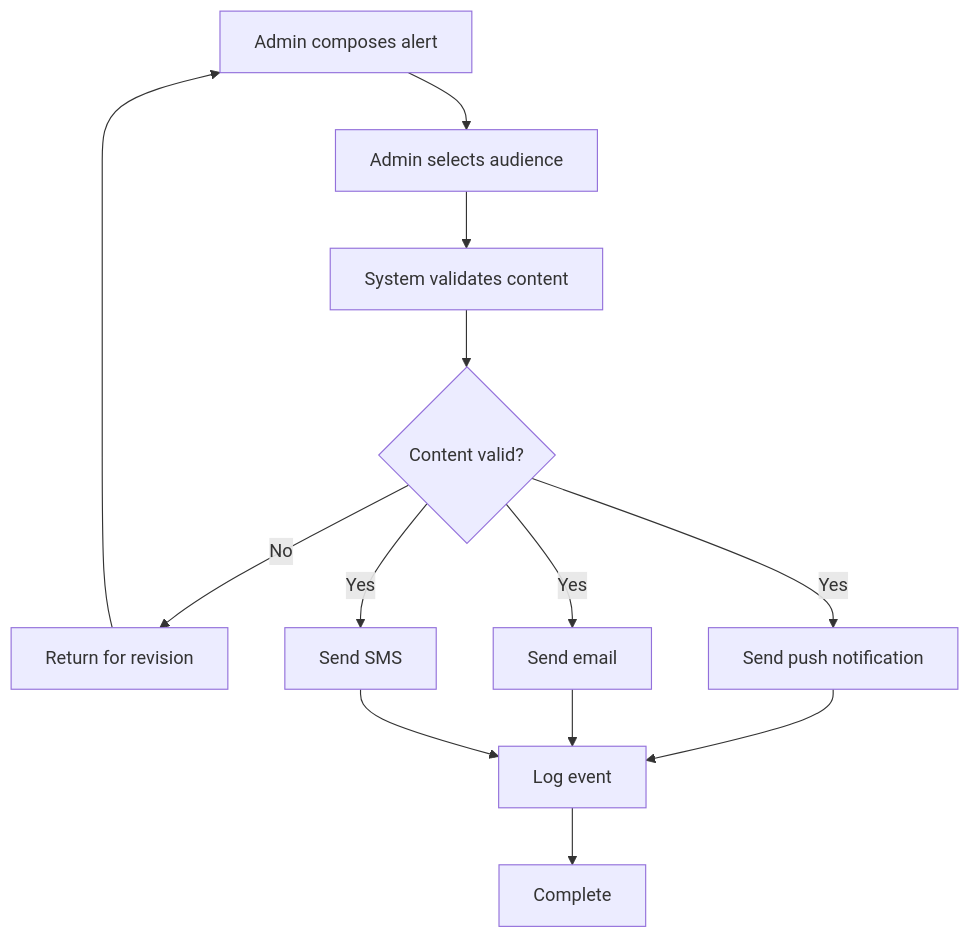
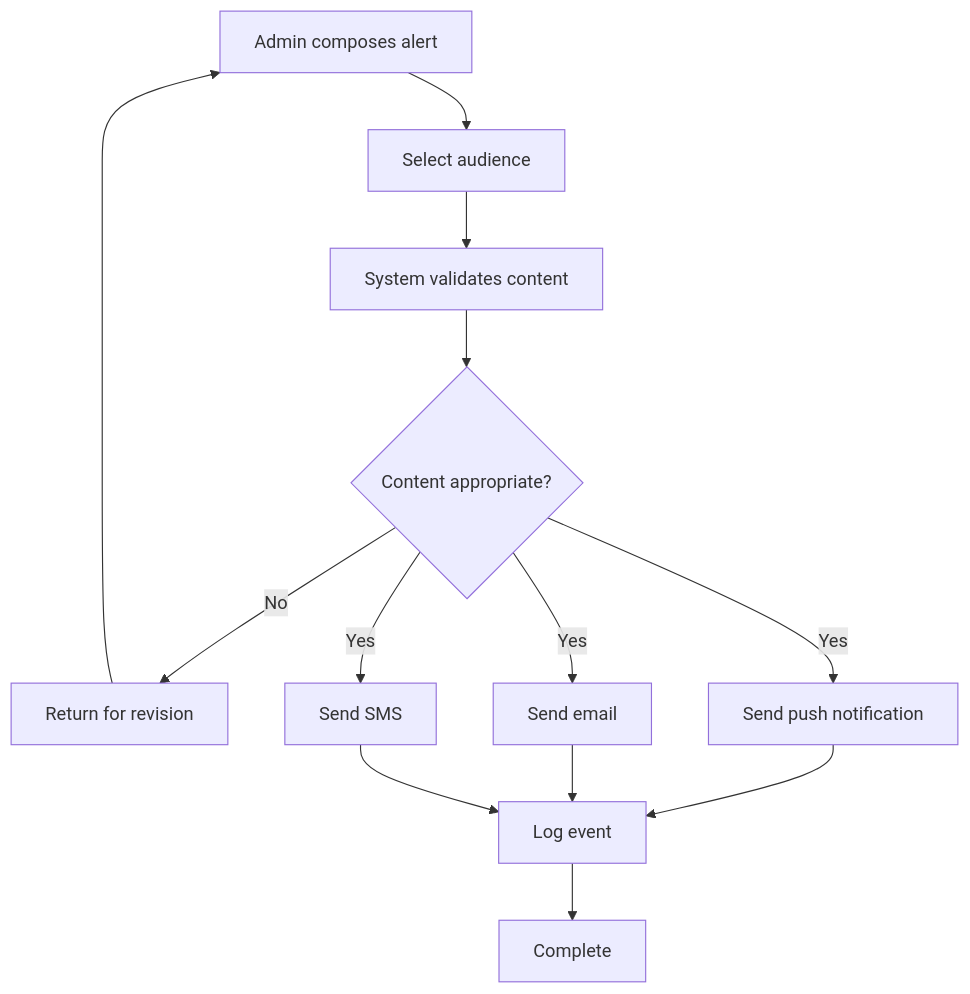
The eighth of 8 diagrams in activity-diagrams.md (Amanda2026-crypto/smart-campus-connect), drawn with Mermaid before and after one commit. The commit also changed other lines of this file, not shown here.

````diff
--- a/activity-diagrams.md
+++ b/activity-diagrams.md
@@ -233,15 +368,15 @@
 ```mermaid
 flowchart TD
-    A[Admin composes alert] --> B[Admin selects audience]
+    A[Admin composes alert] --> B[Select audience]
     B --> C[System validates content]
-    C --> D{Content valid?}
+    C --> D{Content appropriate?}
     D -->|No| E[Return for revision]
     E --> A
     D -->|Yes| F[Send push notification]
     D -->|Yes| G[Send email]
     D -->|Yes| H[Send SMS]
     F --> I[Log event]
     G --> I
     H --> I
     I --> J[Complete]
 ```
````
